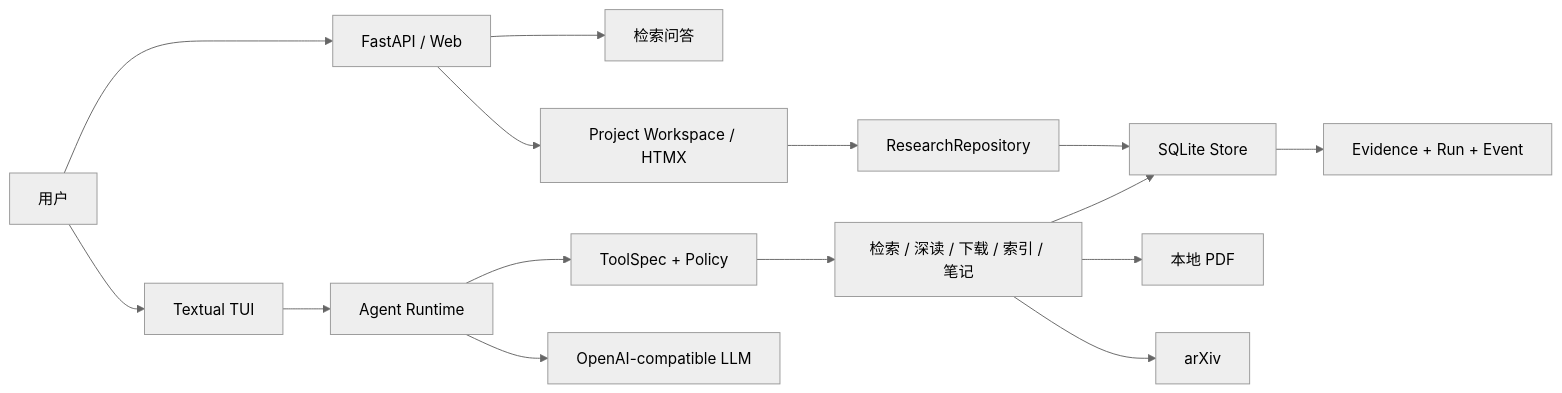
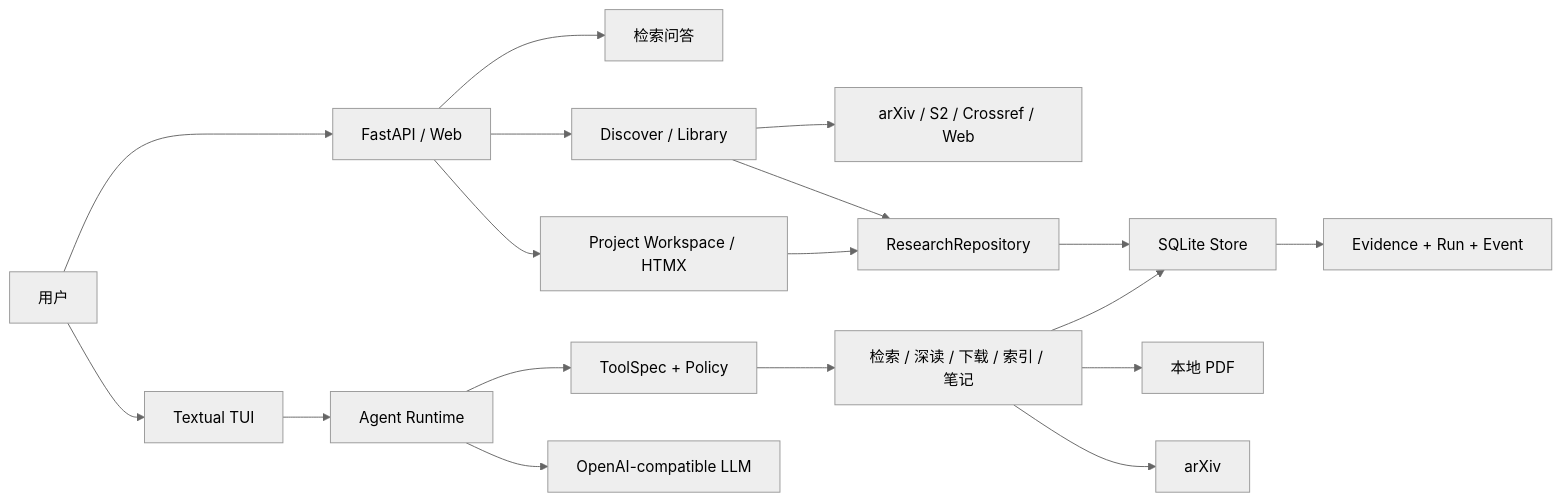
Before and after one commit to Glow-Shimmering/paper-research-agent: the first of 2 diagrams in docs/architecture.md, drawn with Mermaid (neutral theme). The commit also changed other lines of this file and 32 other files, not shown here.

````diff
--- a/docs/architecture.md
+++ b/docs/architecture.md
@@ -7,17 +7,20 @@
 ```mermaid
 flowchart LR
     User["用户"] --> TUI["Textual TUI"]
     User --> Web["FastAPI / Web"]
     TUI --> Runtime["Agent Runtime"]
     Web --> Ask["检索问答"]
     Web --> Workspace["Project Workspace / HTMX"]
+    Web --> Discover["Discover / Library"]
+    Discover --> Providers["arXiv / S2 / Crossref / Web"]
+    Discover --> ResearchRepo
     Workspace --> ResearchRepo["ResearchRepository"]
     ResearchRepo --> Store
     Runtime --> Policy["ToolSpec + Policy"]
     Runtime --> LLM["OpenAI-compatible LLM"]
     Policy --> Tools["检索 / 深读 / 下载 / 索引 / 笔记"]
     Tools --> Store["SQLite Store"]
     Tools --> PDF["本地 PDF"]
     Tools --> Arxiv["arXiv"]
     Store --> Evidence["Evidence + Run + Event"]
 ```
````
